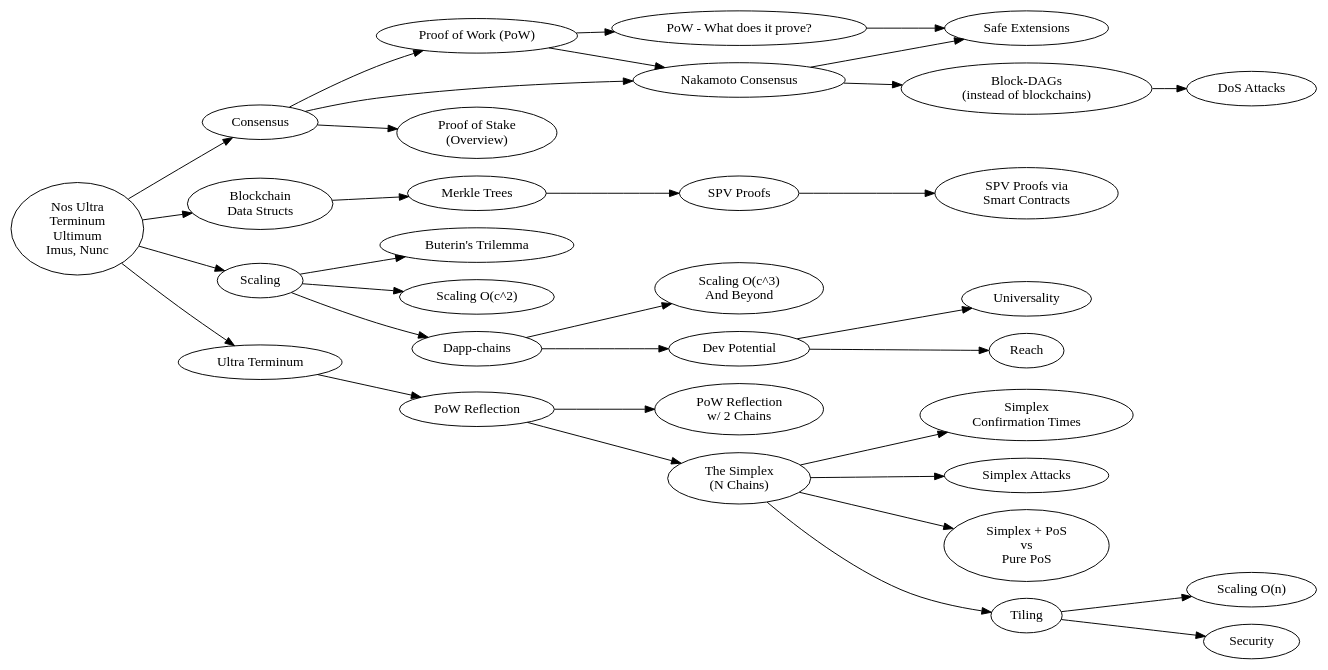
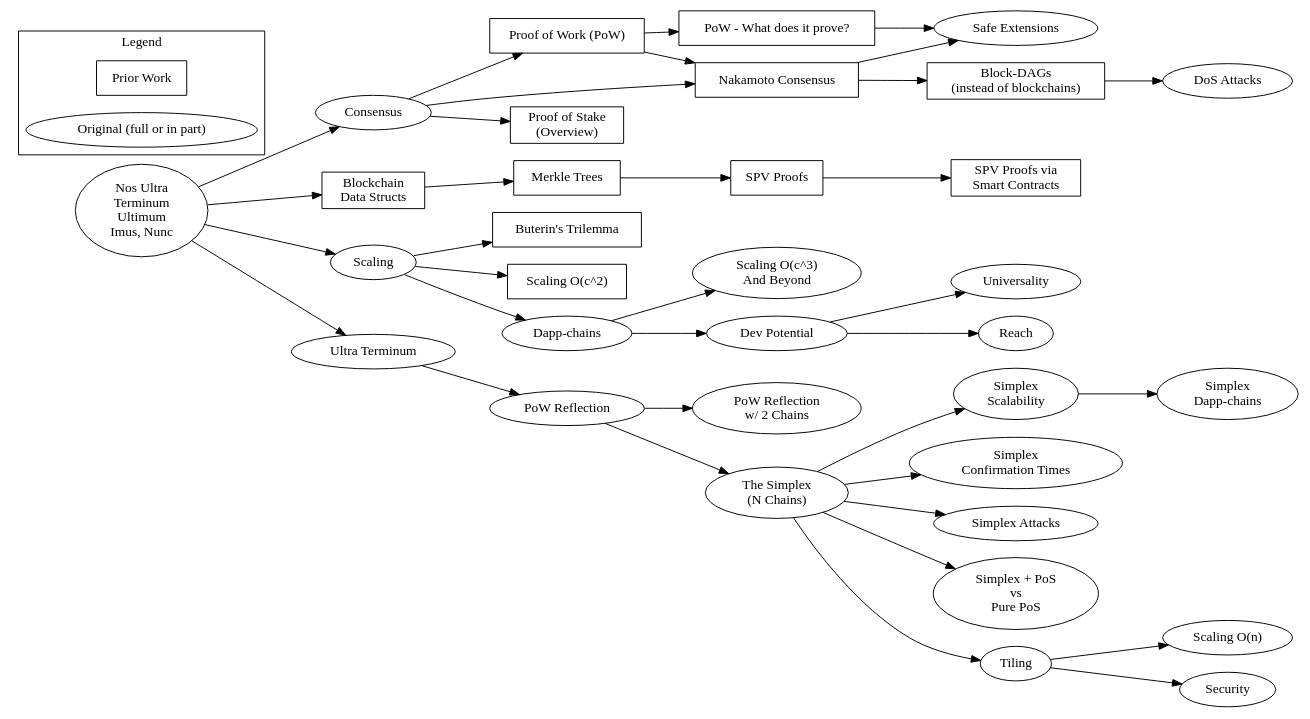
One commit to AmarooHQ/whitepaper changed the diagram in includes/handout/topic-tree.gv. Above: the diagram before and after it, drawn with Graphviz. The commit also changed 3 other files, not shown here.

```diff
--- a/includes/handout/topic-tree.gv
+++ b/includes/handout/topic-tree.gv
@@ -1,89 +1,93 @@
 digraph TopicTree {
     compound=true;
     rankdir="LR";
 
     /* subgraph cluster_proofEngines {
         label = "Proof Engines";
         posEngine -> powEngine;
     } */
 
     /* subgraph cluster_whitePaper {
         // style=filled;
         // color=lightgrey;
         // node [style=filled];
         label = "White Paper";
         networkTopol -> utSpec;
         tokenomics;
         amarooVision;
         validation -> utSpec;
         dagDetails -> utSpec;
         wpDraft1 -> dagDetails,amarooVision,validation,networkTopol,tokenomics;
     } */
 
-    // why is it novel
-    // what are the new ideas
-    // why are they different
-    // why is it compelling
-    // why they haven't been done before
-    //
-    // ian - want a breakdown of the whitepaper
+    nosimus [label = "Nos Ultra\nTerminum\nUltimum\nImus, Nunc", ordering=out];
 
-    nosimus [label = "Nos Ultra\nTerminum\nUltimum\nImus, Nunc"];
-    consensus [label = "Consensus"];
-    pow [label = "Proof of Work (PoW)"];
-    essenceOfPoWDataInclusion [label = "PoW - What does it prove?"];
-    nakamotoConsensus [label = "Nakamoto Consensus"];
+    subgraph cluster_Legend {
+        label = "Legend";
+        prior [label = "Prior Work", shape=rectangle];
+        original [label = "Original (full or in part)"];
+    }
+
+    consensus [label = "Consensus", ordering=out];
+    pow [label = "Proof of Work (PoW)", shape=rectangle];
+    essenceOfPoWDataInclusion [label = "PoW - What does it prove?", shape=rectangle];
+    nakamotoConsensus [label = "Nakamoto Consensus", shape=rectangle];
     nakConsensusSafeUnsafe [label = "Safe Extensions"];
-    PoSConsensusGeneral [label = "Proof of Stake\n(Overview)"];
+    PoSConsensusGeneral [label = "Proof of Stake\n(Overview)", shape=rectangle];
+    blockDag [label = "Block-DAGs\n(instead of blockchains)", shape=rectangle];
     dosAttacks [label = "DoS Attacks"];
-    dataStructsGeneral [label = "Blockchain\nData Structs"];
-    merkleTrees [label = "Merkle Trees"];
-    spvProofs [label = "SPV Proofs"];
-    spvProofsViaSC [label = "SPV Proofs via\nSmart Contracts"];
+    dataStructsGeneral [label = "Blockchain\nData Structs", shape=rectangle];
+    merkleTrees [label = "Merkle Trees", shape=rectangle];
+    spvProofs [label = "SPV Proofs", shape=rectangle];
+    spvProofsViaSC [label = "SPV Proofs via\nSmart Contracts", shape=rectangle];
     scaling [label = "Scaling"];
-    scalingTrilemma [label = "Buterin's Trilemma"];
-    scalingOCSquared [label = "Scaling O(c^2)"];
+    scalingTrilemma [label = "Buterin's Trilemma", shape=rectangle];
+    scalingOCSquared [label = "Scaling O(c^2)", shape=rectangle];
     scalingOCCubed [label = "Scaling O(c^3)\nAnd Beyond"];
     scalingON [label = "Scaling O(n)"];
     UT [label = "Ultra Terminum"];
     powReflection [label = "PoW Reflection"];
     powRefTwoChains [label = "PoW Reflection\nw/ 2 Chains"];
     //UTCore [label = "Core of Ultra Terminum"];
     powRefSimplex [label = "The Simplex\n(N Chains)"];
+    simplexScale [label = "Simplex\nScalability"];
+    simplexDappChains [label = "Simplex\nDapp-chains"];
     powRefConfirmationTimes [label = "Simplex\nConfirmation Times"];
     powRefAttacks [label = "Simplex Attacks"];
     simplexPoSVsPurePoS [label = "Simplex + PoS\nvs\nPure PoS"];
-    blockDag [label = "Block-DAGs\n(instead of blockchains)"];
     dappChains [label = "Dapp-chains"];
     devPotential [label = "Dev Potential"];
     devPotentialUniversality [label = "Universality"];
     devPotentialReach [label = "Reach"];
     tiling [label = "Tiling"];
     tilingSec [label = "Security"];
 
-    nosimus -> consensus -> pow;
+    nosimus -> consensus;
+    consensus -> pow;
     consensus -> nakamotoConsensus -> nakConsensusSafeUnsafe;
     pow -> nakamotoConsensus;
     essenceOfPoWDataInclusion -> nakConsensusSafeUnsafe;
     consensus -> PoSConsensusGeneral;
-    nakamotoConsensus -> blockDag -> dosAttacks;
+    nakamotoConsensus -> blockDag;
+    blockDag -> dosAttacks;
     //nakamotoConsensus -> essenceOfPoWDataInclusion;
     pow -> essenceOfPoWDataInclusion;
     nosimus -> dataStructsGeneral -> merkleTrees -> spvProofs -> spvProofsViaSC;
     nosimus -> scaling -> scalingTrilemma;
     scaling -> scalingOCSquared;
     scaling -> dappChains -> scalingOCCubed;
     //scaling -> scalingON;
     nosimus -> UT -> powReflection -> powRefTwoChains;
-    powReflection -> powRefSimplex -> powRefConfirmationTimes;
+    powReflection -> powRefSimplex -> simplexScale -> simplexDappChains;
+    powRefSimplex -> powRefConfirmationTimes;
     powRefSimplex -> powRefAttacks;
     powRefSimplex -> simplexPoSVsPurePoS;
 
     dappChains -> devPotential -> devPotentialReach;
     devPotential -> devPotentialUniversality;
 
     powRefSimplex -> tiling;
 
     tiling -> scalingON;
     tiling -> tilingSec;
 }
```
